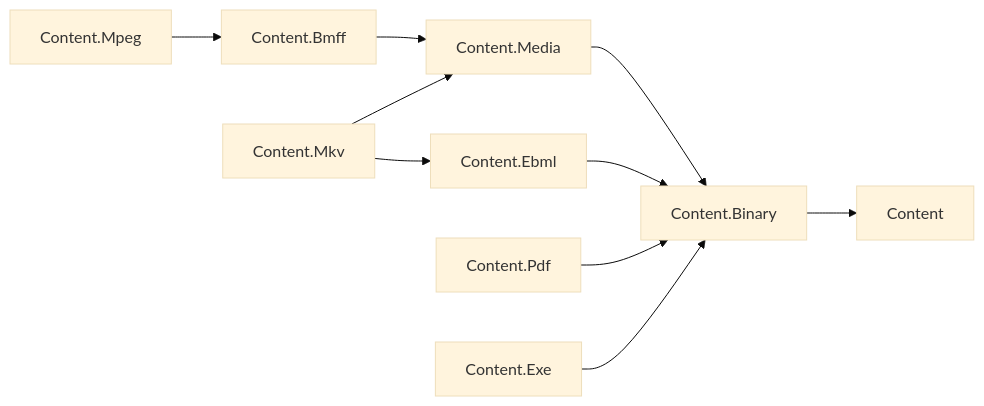
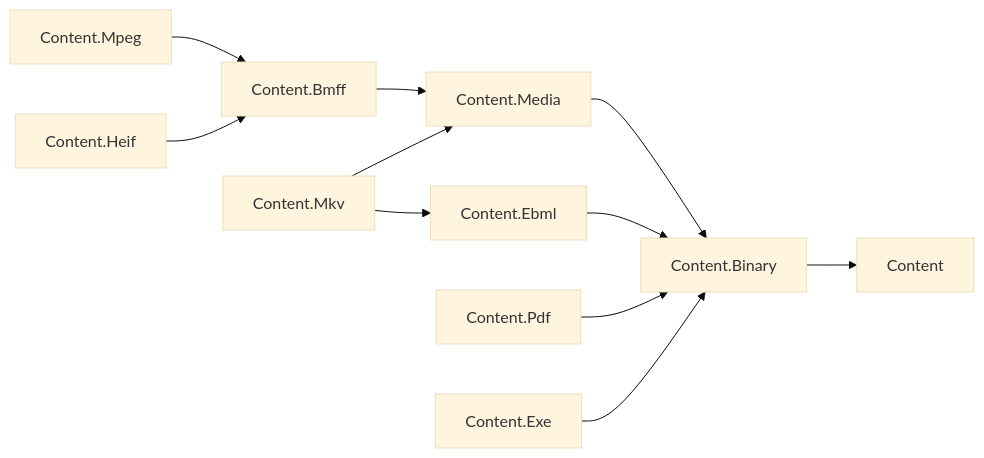
The diagram in docs/libraries/Content/DESIGN.md (assimalign/cohesion), drawn with Mermaid (base theme) before and after one commit. The commit also changed other lines of this file, not shown here.

First line of the commit message:
docs(content): record the BMFF-derived format retention decision [L01.01.05.07.01]

````diff
--- a/docs/libraries/Content/DESIGN.md
+++ b/docs/libraries/Content/DESIGN.md
@@ -63,21 +63,23 @@
 ```mermaid
 flowchart LR
     Root["Content"]
     Binary["Content.Binary"]
     Media["Content.Media"]
     Bmff["Content.Bmff"]
     Mpeg["Content.Mpeg"]
+    Heif["Content.Heif"]
     Ebml["Content.Ebml"]
     Mkv["Content.Mkv"]
     Pdf["Content.Pdf"]
     Exe["Content.Exe"]
     Binary --> Root
     Media --> Binary
     Bmff --> Media
     Mpeg --> Bmff
+    Heif --> Bmff
     Ebml --> Binary
     Mkv --> Ebml
     Mkv --> Media
     Pdf --> Binary
     Exe --> Binary
 ```
````
